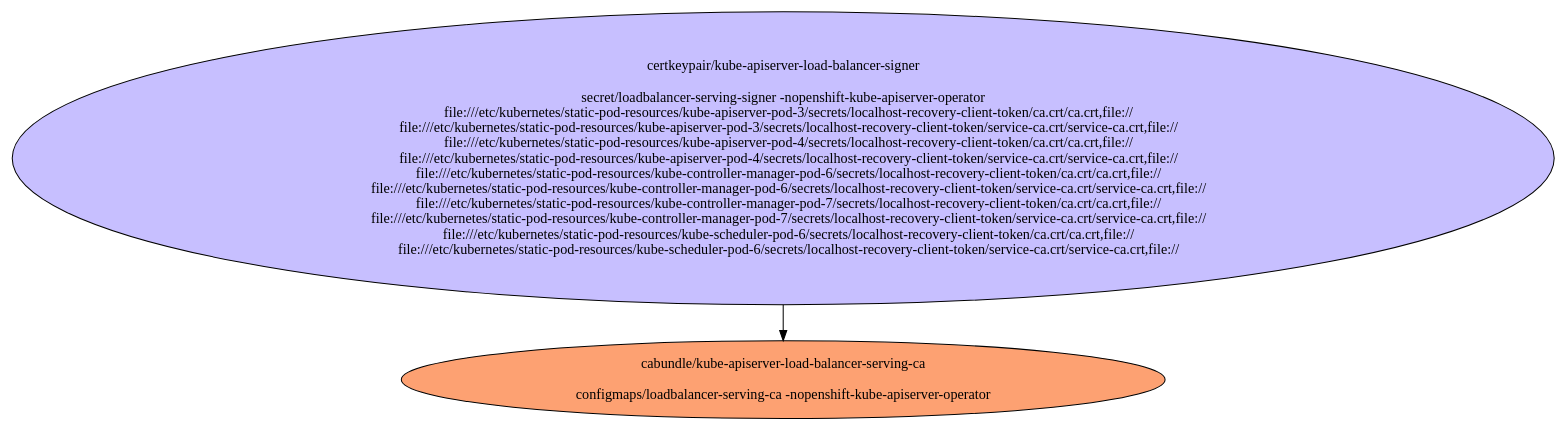
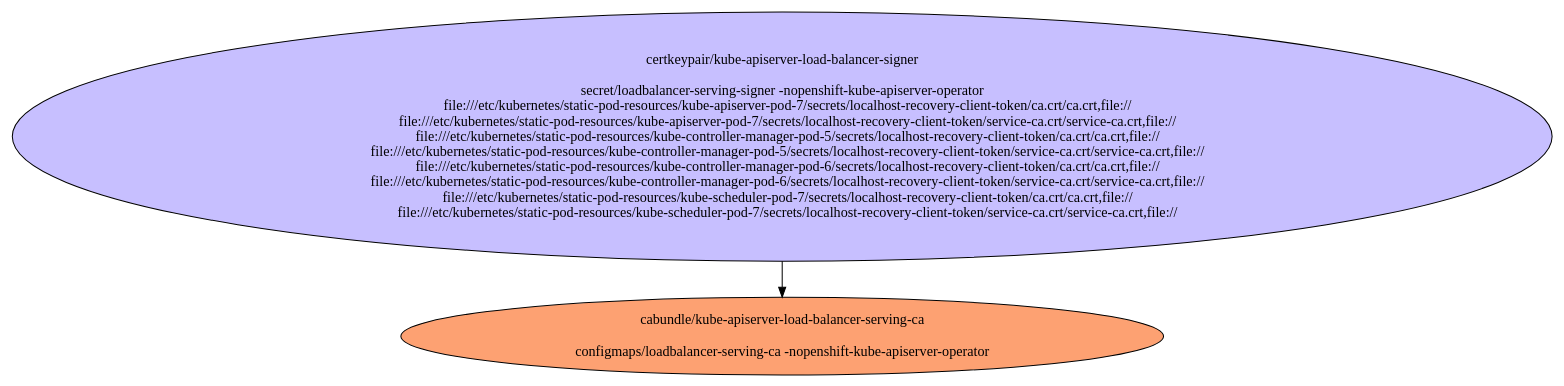
One commit to openshift/api changed the diagram in tls/docs/kube-apiserver Serving Certificates/subca-3666101852.dot. Above: the diagram before and after it, drawn with Graphviz. The commit also changed 557 other files, not shown here.

```diff
--- a/tls/docs/kube-apiserver Serving Certificates/subca-3666101852.dot
+++ b/tls/docs/kube-apiserver Serving Certificates/subca-3666101852.dot
@@ -1,16 +1,16 @@
 digraph "Local Certificate" {
   // Node definitions.
-  8 [
-    label="certkeypair/kube-apiserver-load-balancer-signer\n\nsecret/loadbalancer-serving-signer -nopenshift-kube-apiserver-operator\n    file:///etc/kubernetes/static-pod-resources/kube-apiserver-pod-3/secrets/localhost-recovery-client-token/ca.crt/ca.crt,file://\n    file:///etc/kubernetes/static-pod-resources/kube-apiserver-pod-3/secrets/localhost-recovery-client-token/service-ca.crt/service-ca.crt,file://\n    file:///etc/kubernetes/static-pod-resources/kube-apiserver-pod-4/secrets/localhost-recovery-client-token/ca.crt/ca.crt,file://\n    file:///etc/kubernetes/static-pod-resources/kube-apiserver-pod-4/secrets/localhost-recovery-client-token/service-ca.crt/service-ca.crt,file://\n    file:///etc/kubernetes/static-pod-resources/kube-controller-manager-pod-6/secrets/localhost-recovery-client-token/ca.crt/ca.crt,file://\n    file:///etc/kubernetes/static-pod-resources/kube-controller-manager-pod-6/secrets/localhost-recovery-client-token/service-ca.crt/service-ca.crt,file://\n    file:///etc/kubernetes/static-pod-resources/kube-controller-manager-pod-7/secrets/localhost-recovery-client-token/ca.crt/ca.crt,file://\n    file:///etc/kubernetes/static-pod-resources/kube-controller-manager-pod-7/secrets/localhost-recovery-client-token/service-ca.crt/service-ca.crt,file://\n    file:///etc/kubernetes/static-pod-resources/kube-scheduler-pod-6/secrets/localhost-recovery-client-token/ca.crt/ca.crt,file://\n    file:///etc/kubernetes/static-pod-resources/kube-scheduler-pod-6/secrets/localhost-recovery-client-token/service-ca.crt/service-ca.crt,file://\n"
+  6 [
+    label="certkeypair/kube-apiserver-load-balancer-signer\n\nsecret/loadbalancer-serving-signer -nopenshift-kube-apiserver-operator\n    file:///etc/kubernetes/static-pod-resources/kube-apiserver-pod-7/secrets/localhost-recovery-client-token/ca.crt/ca.crt,file://\n    file:///etc/kubernetes/static-pod-resources/kube-apiserver-pod-7/secrets/localhost-recovery-client-token/service-ca.crt/service-ca.crt,file://\n    file:///etc/kubernetes/static-pod-resources/kube-controller-manager-pod-5/secrets/localhost-recovery-client-token/ca.crt/ca.crt,file://\n    file:///etc/kubernetes/static-pod-resources/kube-controller-manager-pod-5/secrets/localhost-recovery-client-token/service-ca.crt/service-ca.crt,file://\n    file:///etc/kubernetes/static-pod-resources/kube-controller-manager-pod-6/secrets/localhost-recovery-client-token/ca.crt/ca.crt,file://\n    file:///etc/kubernetes/static-pod-resources/kube-controller-manager-pod-6/secrets/localhost-recovery-client-token/service-ca.crt/service-ca.crt,file://\n    file:///etc/kubernetes/static-pod-resources/kube-scheduler-pod-7/secrets/localhost-recovery-client-token/ca.crt/ca.crt,file://\n    file:///etc/kubernetes/static-pod-resources/kube-scheduler-pod-7/secrets/localhost-recovery-client-token/service-ca.crt/service-ca.crt,file://\n"
     style=filled
     fillcolor="#c7bfff"
   ];
-  15 [
+  14 [
     label="cabundle/kube-apiserver-load-balancer-serving-ca\n\nconfigmaps/loadbalancer-serving-ca -nopenshift-kube-apiserver-operator\n"
     style=filled
     fillcolor="#fda172"
   ];
 
   // Edge definitions.
-  8 -> 15;
+  6 -> 14;
 }
```
